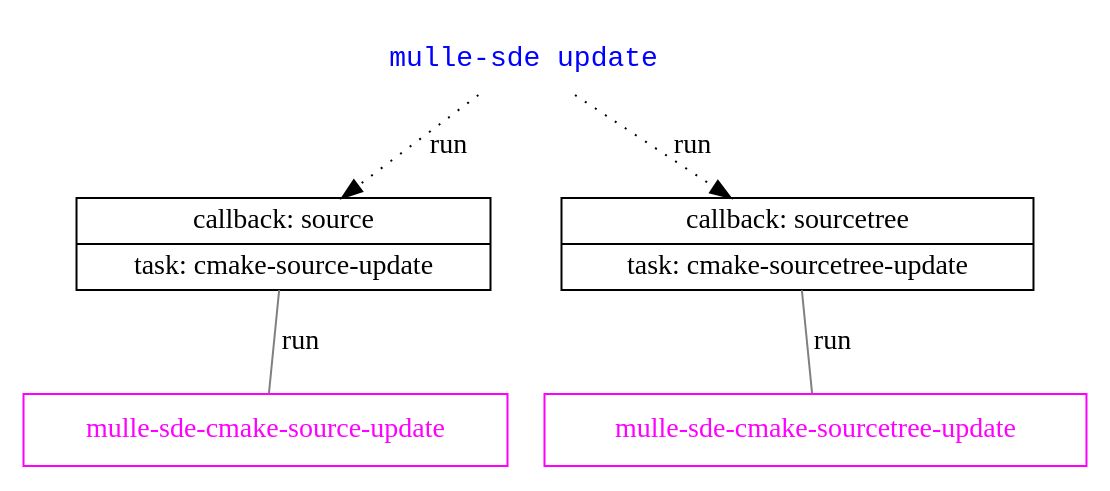
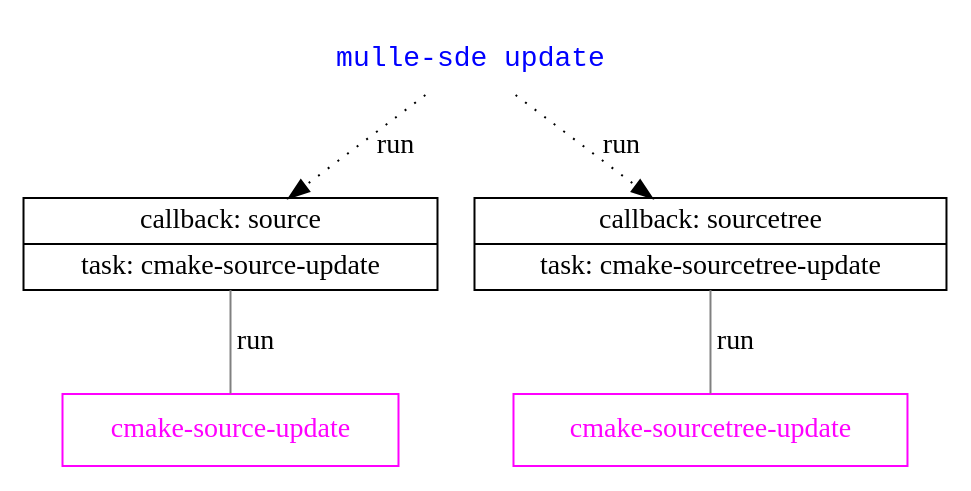
Before and after one commit to mulle-sde/mulle-sde-developer: the diagram in dox/mulle-sde-update.dot, drawn with Graphviz. The commit also changed 9 other files, not shown here.

```diff
--- a/dox/mulle-sde-update.dot
+++ b/dox/mulle-sde-update.dot
@@ -1,26 +1,26 @@
 digraph G {
     graph [rankdir = TD];
 
     node[shape=record];
     edge[ arrowhead="none", color="gray", label="run"]
 
-    { rank = same;  "mulle-sde-cmake-sourcetree-update", "mulle-sde-cmake-source-update" };
+    { rank = same;  "cmake-sourcetree-update", "cmake-source-update" };
     { rank = same;  "source-callback", "sourcetree-callback" };
     { rank = last;  "mulle-sde update" };
 
     "source-callback"        [ label="{ callback: source| task: cmake-source-update}"];
     "sourcetree-callback"    [ label="{ callback: sourcetree| task: cmake-sourcetree-update}"];
 
-    "mulle-sde-cmake-source-update" [ color="magenta", fontcolor="magenta" ]
-    "mulle-sde-cmake-sourcetree-update" [ color="magenta", fontcolor="magenta" ]
+    "cmake-source-update" [ color="magenta", fontcolor="magenta" ]
+    "cmake-sourcetree-update" [ color="magenta", fontcolor="magenta" ]
 
-    "source-callback"      ->  "mulle-sde-cmake-source-update"
-    "sourcetree-callback"  ->  "mulle-sde-cmake-sourcetree-update"
+    "source-callback"      ->  "cmake-source-update"
+    "sourcetree-callback"  ->  "cmake-sourcetree-update"
 
     "mulle-sde update"  [ shape="none", fontname="monospace", fontcolor="blue"]
 
     edge[ arrowhead="", style="dotted", color="black" ]
 
     "mulle-sde update"  -> "source-callback"
     "mulle-sde update"  -> "sourcetree-callback"
 }
```
